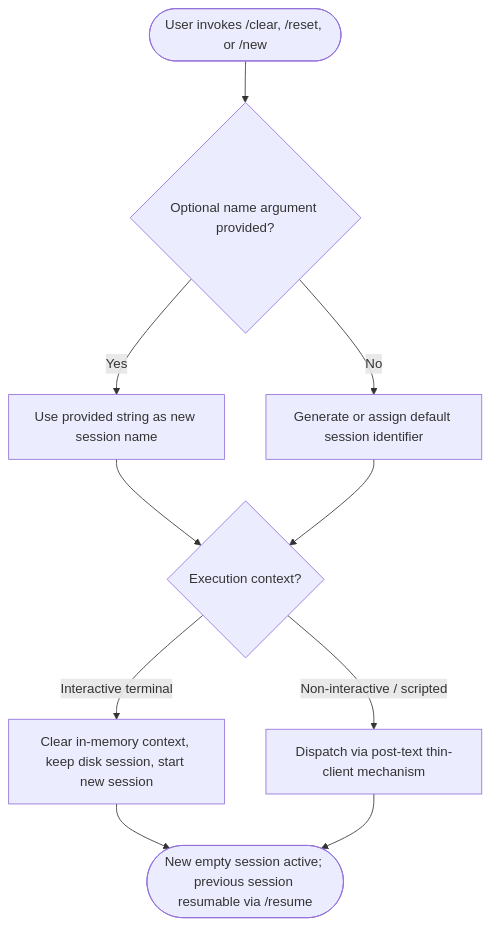
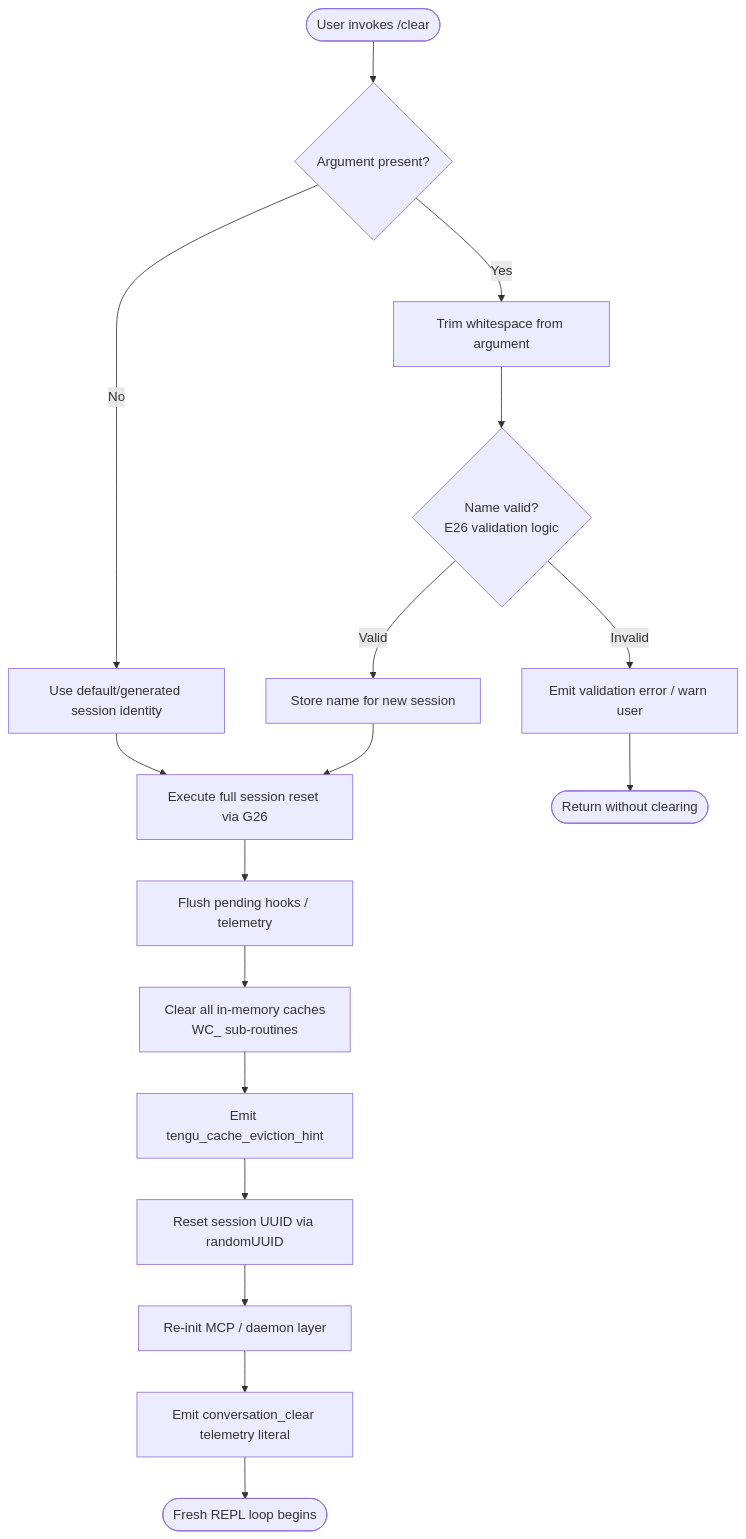
One commit to MyLittleLuckyDog/cc-gnothi changed the diagram in versions/v2.1.142/clear.md. Above: the diagram before and after it, drawn with Mermaid. The commit also changed other lines of this file and 483 other files, not shown here.

````diff
--- a/versions/v2.1.142/clear.md
+++ b/versions/v2.1.142/clear.md
@@ -50,12 +58,19 @@
 ```mermaid
 flowchart TD
-    A([User invokes /clear, /reset, or /new]) --> B{Optional name argument provided?}
-    B -- Yes --> C[Use provided string as new session name]
-    B -- No --> D[Generate or assign default session identifier]
-    C --> E{Execution context?}
-    D --> E
-    E -- Interactive terminal --> F[Clear in-memory context, keep disk session, start new session]
-    E -- Non-interactive / scripted --> G[Dispatch via post-text thin-client mechanism]
-    F --> H([New empty session active; previous session resumable via /resume])
-    G --> H
+    A([User invokes /clear]) --> B{Argument present?}
+    B -- No --> C[Use default/generated session identity]
+    B -- Yes --> D[Trim whitespace from argument]
+    D --> E{Name valid?\nE26 validation logic}
+    E -- Valid --> F[Store name for new session]
+    E -- Invalid --> G[Emit validation error / warn user]
+    C --> H[Execute full session reset via G26]
+    F --> H
+    G --> Z([Return without clearing])
+    H --> I[Flush pending hooks / telemetry]
+    I --> J[Clear all in-memory caches\nWC_ sub-routines]
+    J --> K[Emit tengu_cache_eviction_hint]
+    K --> L[Reset session UUID via randomUUID]
+    L --> M[Re-init MCP / daemon layer]
+    M --> N[Emit conversation_clear telemetry literal]
+    N --> O([Fresh REPL loop begins])
 ```
````
